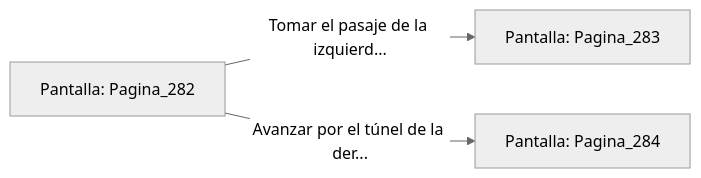
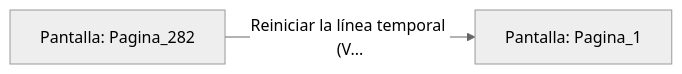
Before and after one commit to metsuke/mpl: the diagram in sample/eligejuego-vault/Pantalla_Pagina_282.md, drawn with Mermaid (neutral theme). The commit also changed other lines of this file and 635 other files, not shown here.

First line of the commit message:
fix: añadir Pagina_1 como pantalla inicial en capitulo_01.mpl

````diff
--- a/sample/eligejuego-vault/Pantalla_Pagina_282.md
+++ b/sample/eligejuego-vault/Pantalla_Pagina_282.md
@@ -20,6 +17,5 @@
 ```mermaid
 graph LR
     P_Pagina_282["Pantalla: Pagina_282"]
-    P_Pagina_282 -->|"Tomar el pasaje de la izquierd..."| P_Pagina_283["Pantalla: Pagina_283"]
-    P_Pagina_282 -->|"Avanzar por el túnel de la der..."| P_Pagina_284["Pantalla: Pagina_284"]
+    P_Pagina_282 -->|"Reiniciar la línea temporal (V..."| P_Pagina_1["Pantalla: Pagina_1"]
 ```
````
